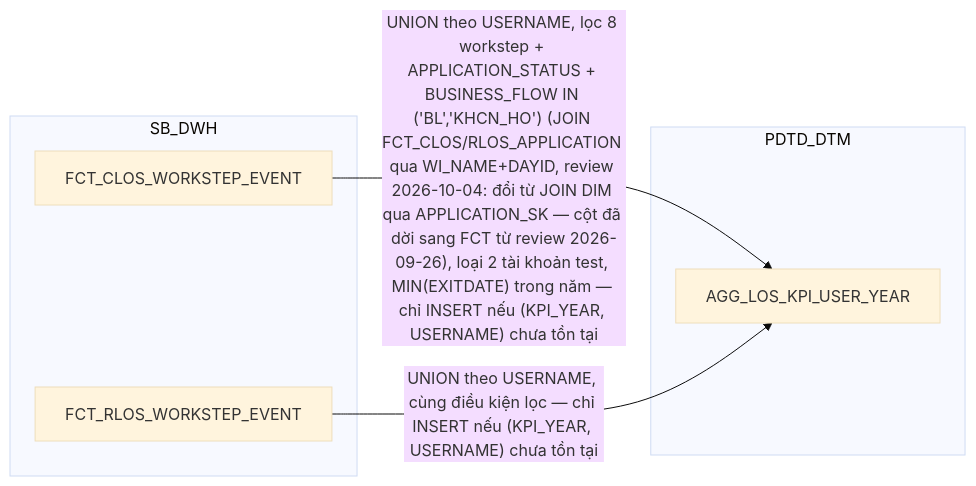
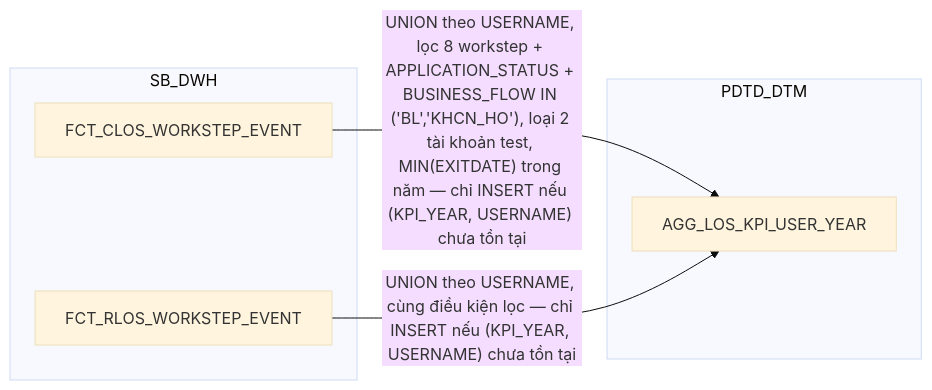
The second of 19 diagrams in hld/hld_review/HLD_FCT_PDTD_DTM_review.md (chien1198/sb-mapping-gen), drawn with Mermaid (base theme) before and after one commit. The commit also changed other lines of this file and 9 other files, not shown here.

````diff
--- a/hld/hld_review/HLD_FCT_PDTD_DTM_review.md
+++ b/hld/hld_review/HLD_FCT_PDTD_DTM_review.md
@@ -87,12 +127,12 @@
 ```mermaid
 flowchart LR
     subgraph SB_DWH
         C["FCT_CLOS_WORKSTEP_EVENT"]
         D["FCT_RLOS_WORKSTEP_EVENT"]
     end
     subgraph PDTD_DTM
         E["AGG_LOS_KPI_USER_YEAR"]
     end
-    C -->|"UNION theo USERNAME, lọc 8 workstep + APPLICATION_STATUS + BUSINESS_FLOW IN ('BL','KHCN_HO') (JOIN FCT_CLOS/RLOS_APPLICATION qua WI_NAME+DAYID, review 2026-10-04: đổi từ JOIN DIM qua APPLICATION_SK — cột đã dời sang FCT từ review 2026-09-26), loại 2 tài khoản test, MIN(EXITDATE) trong năm — chỉ INSERT nếu (KPI_YEAR, USERNAME) chưa tồn tại"| E
+    C -->|"UNION theo USERNAME, lọc 8 workstep + APPLICATION_STATUS + BUSINESS_FLOW IN ('BL','KHCN_HO'), loại 2 tài khoản test, MIN(EXITDATE) trong năm — chỉ INSERT nếu (KPI_YEAR, USERNAME) chưa tồn tại"| E
     D -->|"UNION theo USERNAME, cùng điều kiện lọc — chỉ INSERT nếu (KPI_YEAR, USERNAME) chưa tồn tại"| E
 ```
````
